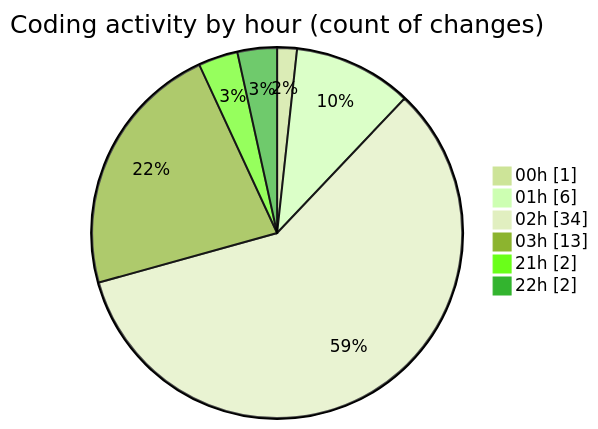
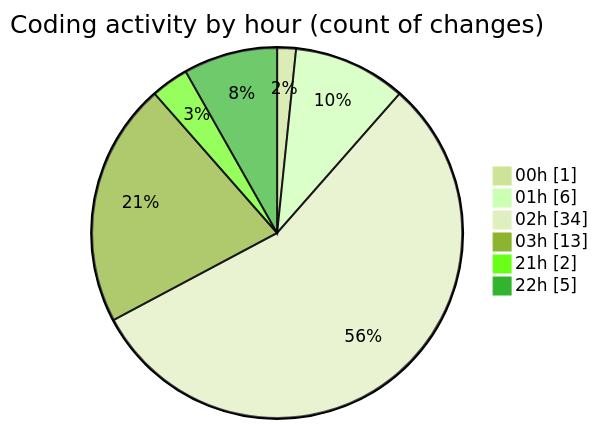
One commit to julien-gomy/code-tracking changed the second of 2 diagrams in 2025-11-22/eventscop-frontend-guide__workspace_/README.md. Above: the diagram before and after it, drawn with Mermaid (forest theme). The commit also changed other lines of this file and 1 other file, not shown here.

````diff
--- a/2025-11-22/eventscop-frontend-guide__workspace_/README.md
+++ b/2025-11-22/eventscop-frontend-guide__workspace_/README.md
@@ -52,10 +53,10 @@
 ```mermaid
 pie showData
 title Coding activity by hour (count of changes)
 "00h" : 1
 "01h" : 6
 "02h" : 34
 "03h" : 13
 "21h" : 2
-"22h" : 2
+"22h" : 5
 ```
````
